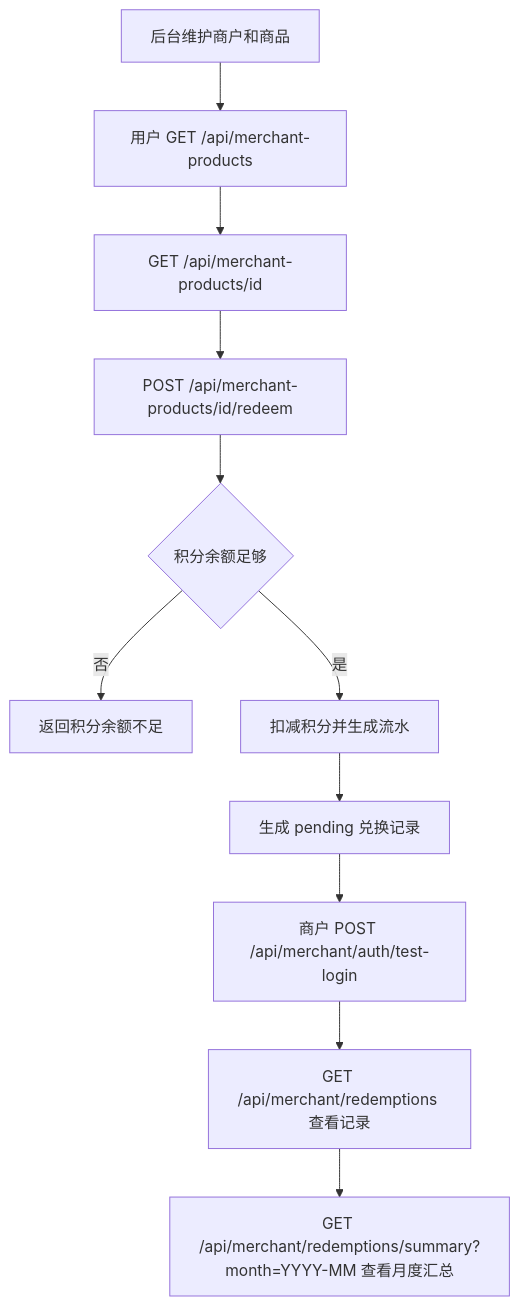
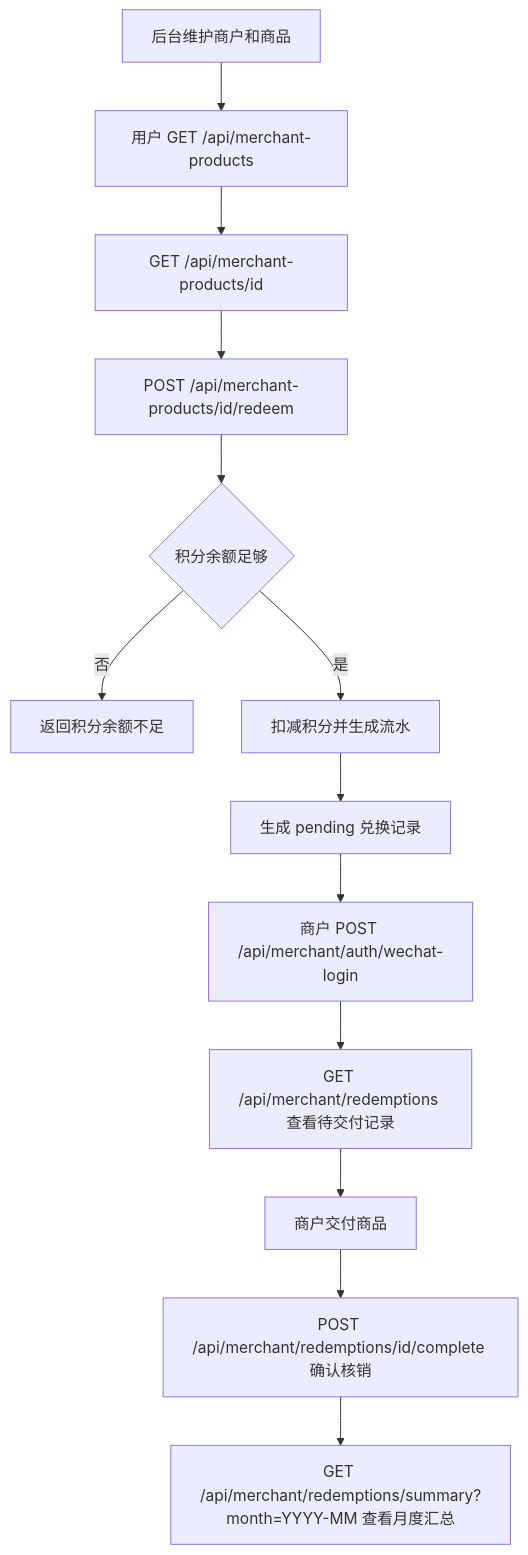
One commit to zzbazzzbaz/street-service-platform changed the sixth of 6 diagrams in docs/API接口文档.md. Above: the diagram before and after it, drawn with Mermaid. The commit also changed other lines of this file and 12 other files, not shown here.

````diff
--- a/docs/API接口文档.md
+++ b/docs/API接口文档.md
@@ -1096,13 +1154,15 @@
 ```mermaid
 flowchart TD
     A[后台维护商户和商品] --> B[用户 GET /api/merchant-products]
     B --> C[GET /api/merchant-products/id]
     C --> D[POST /api/merchant-products/id/redeem]
     D --> E{积分余额足够}
     E -->|否| F[返回积分余额不足]
     E -->|是| G[扣减积分并生成流水]
     G --> H[生成 pending 兑换记录]
-    H --> I[商户 POST /api/merchant/auth/test-login]
-    I --> J[GET /api/merchant/redemptions 查看记录]
-    J --> K[GET /api/merchant/redemptions/summary?month=YYYY-MM 查看月度汇总]
+    H --> I[商户 POST /api/merchant/auth/wechat-login]
+    I --> J[GET /api/merchant/redemptions 查看待交付记录]
+    J --> K[商户交付商品]
+    K --> L[POST /api/merchant/redemptions/id/complete 确认核销]
+    L --> M[GET /api/merchant/redemptions/summary?month=YYYY-MM 查看月度汇总]
 ```
````
